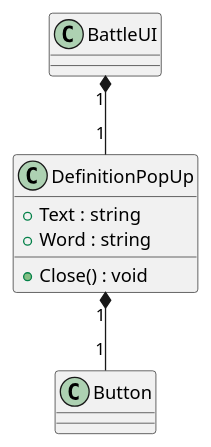
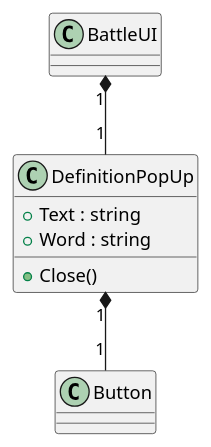
Before and after one commit to Leximon-SWE-2025/Leximon: the diagram in PlantUML/scenes/DefinitionPopUp.puml, drawn with PlantUML. The commit also changed 16 other files, not shown here.

```diff
--- a/PlantUML/scenes/DefinitionPopUp.puml
+++ b/PlantUML/scenes/DefinitionPopUp.puml
@@ -1,11 +1,11 @@
 @startuml DefinitionPopUp
 class DefinitionPopUp  {
     + Text : string 
     + Word : string
-    + Close() : void
+    + Close() 
 }
 ' PanelContainer <|-- DefinitionPopUp
 
 BattleUI "1" *-- "1" DefinitionPopUp
 DefinitionPopUp "1" *-- "1" Button
 @enduml
```
